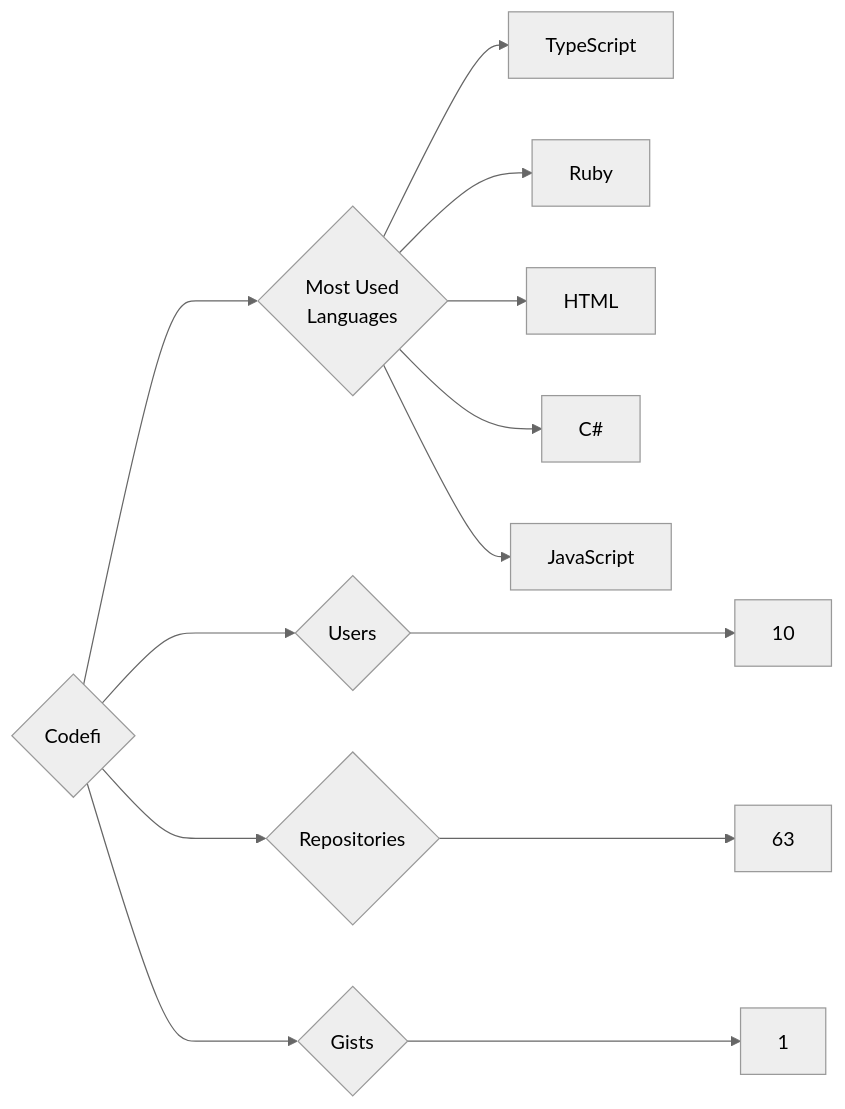
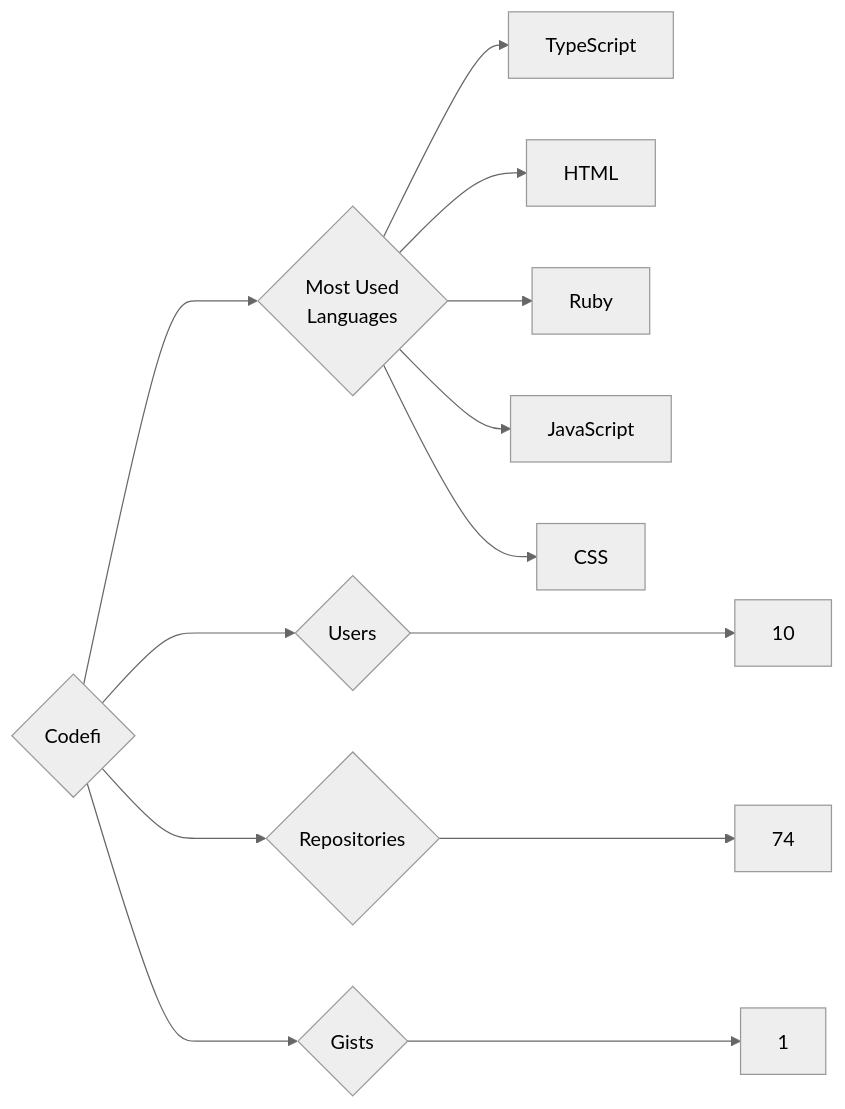
One commit to trickest/insiders changed the diagram in targets/Codefi/README.md. Above: the diagram before and after it, drawn with Mermaid (neutral theme). The commit also changed 1148 other files, not shown here.

````diff
--- a/targets/Codefi/README.md
+++ b/targets/Codefi/README.md
@@ -3,13 +3,13 @@
 ```mermaid
 graph LR
 COMPANY_NAME{Codefi}
 COMPANY_NAME ---> U{Users} ---> UN[10]
-COMPANY_NAME ---> R{Repositories} ---> RN[63]
+COMPANY_NAME ---> R{Repositories} ---> RN[74]
 COMPANY_NAME ---> G{Gists} ---> GN[1]
 COMPANY_NAME ---> ML{Most Used<br>Languages}
 ML --> TypeScript[TypeScript]
+ML --> HTML[HTML]
 ML --> Ruby[Ruby]
-ML --> HTML[HTML]
-ML --> C#[C#]
 ML --> JavaScript[JavaScript]
+ML --> CSS[CSS]
 ```
````
